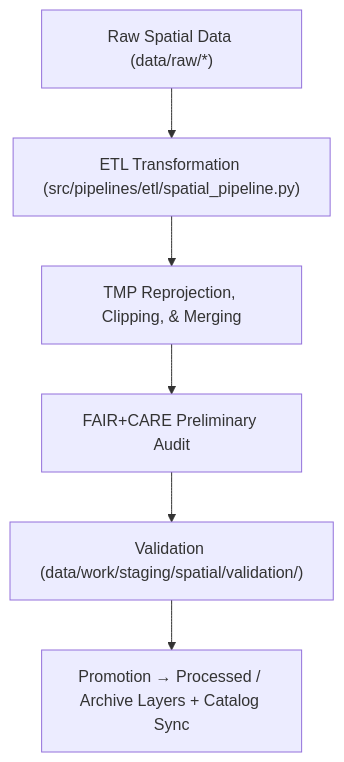
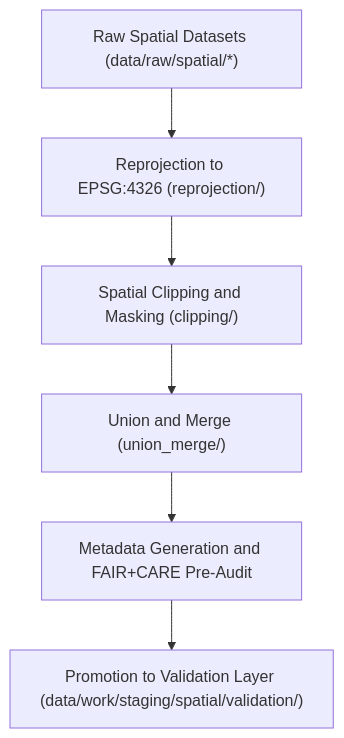
The diagram in data/work/staging/spatial/tmp/README.md (bartytime4life/Kansas-Frontier-Matrix), drawn with Mermaid before and after one commit. The commit also changed other lines of this file, not shown here.

First line of the commit message:
Update README for Spatial TMP Workspace v9.6.0

````diff
--- a/data/work/staging/spatial/tmp/README.md
+++ b/data/work/staging/spatial/tmp/README.md
@@ -81,8 +75,8 @@
 ```mermaid
 flowchart TD
-    A["Raw Spatial Data (data/raw/*)"] --> B["ETL Transformation (src/pipelines/etl/spatial_pipeline.py)"]
-    B --> C["TMP Reprojection, Clipping, & Merging"]
-    C --> D["FAIR+CARE Preliminary Audit"]
-    D --> E["Validation (data/work/staging/spatial/validation/)"]
-    E --> F["Promotion → Processed / Archive Layers + Catalog Sync"]
+    A["Raw Spatial Datasets (data/raw/spatial/*)"] --> B["Reprojection to EPSG:4326 (reprojection/)"]
+    B --> C["Spatial Clipping and Masking (clipping/)"]
+    C --> D["Union and Merge (union_merge/)"]
+    D --> E["Metadata Generation and FAIR+CARE Pre-Audit"]
+    E --> F["Promotion to Validation Layer (data/work/staging/spatial/validation/)"]
 ```
````
